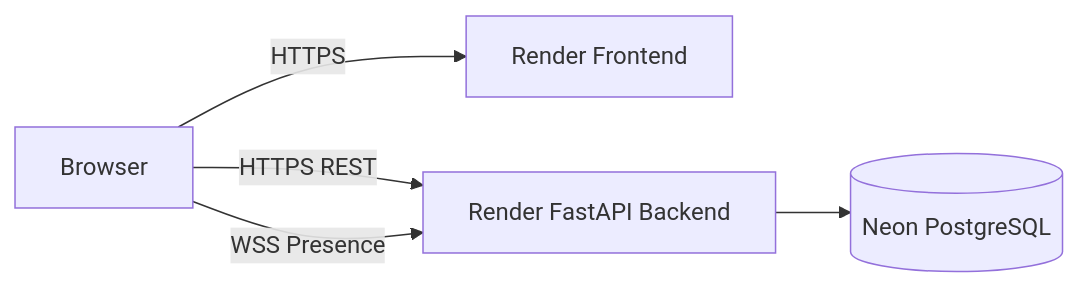
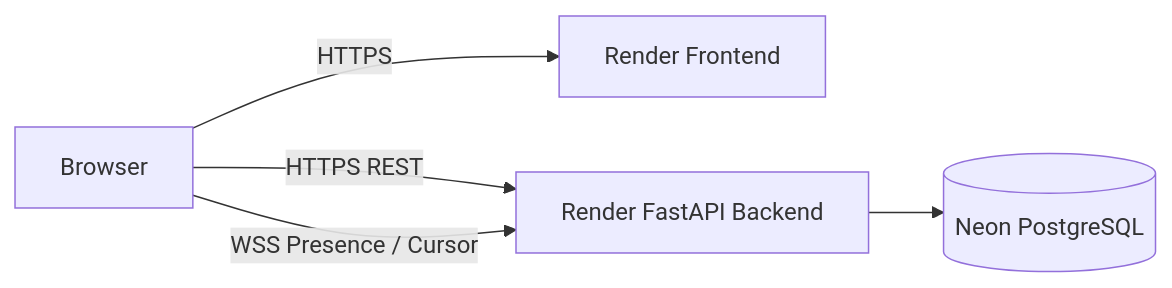
Before and after one commit to spurs0929/easyFigmaV: the second of 2 diagrams in README.md, drawn with Mermaid. The commit also changed other lines of this file and 3 other files, not shown here.

Commit message:
docs: 更新 Presence Cursor 架構與協定說明

````diff
--- a/README.md
+++ b/README.md
@@ -333,12 +361,12 @@
 ```mermaid
 flowchart LR
     B[Browser]
     FE[Render Frontend]
     API[Render FastAPI Backend]
     DB[(Neon PostgreSQL)]
 
     B -->|HTTPS| FE
     B -->|HTTPS REST| API
-    B -->|WSS Presence| API
+    B -->|WSS Presence / Cursor| API
     API --> DB
 ```
````
